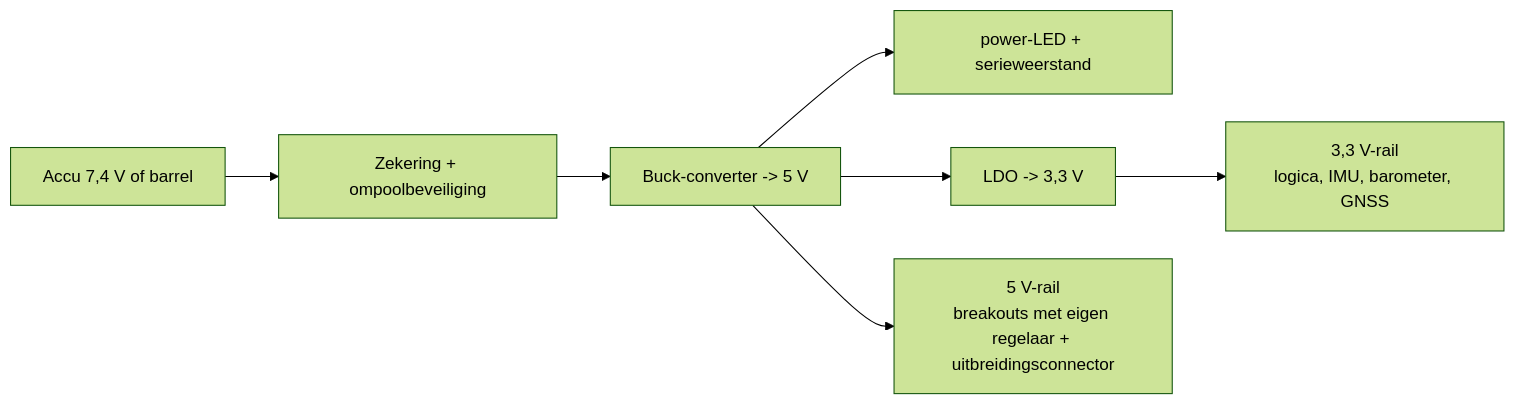
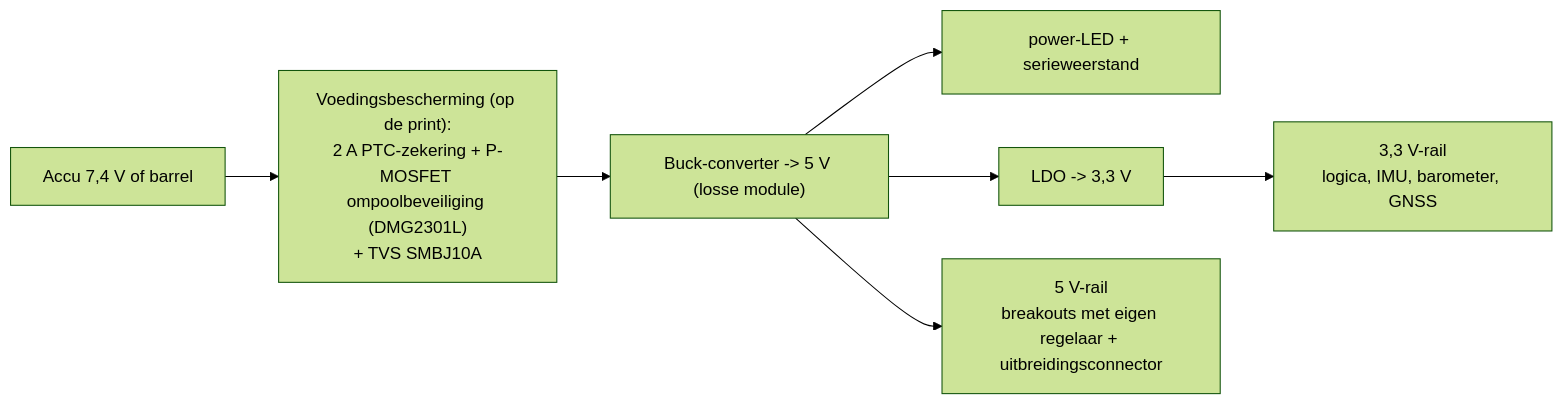
The second of 2 diagrams in documenten/PCB-schets.md (NandSch/GSTEM-project), drawn with Mermaid (forest theme) before and after one commit. The commit also changed other lines of this file and 29 other files, not shown here.

````diff
--- a/documenten/PCB-schets.md
+++ b/documenten/PCB-schets.md
@@ -57,9 +63,9 @@
 ```mermaid
 flowchart LR
-    BAT["Accu 7,4 V of barrel"] --> FUSE["Zekering + ompoolbeveiliging"]
-    FUSE --> BUCK["Buck-converter -> 5 V"]
+    BAT["Accu 7,4 V of barrel"] --> PROT["Voedingsbescherming (op de print):<br/>2 A PTC-zekering + P-MOSFET ompoolbeveiliging (DMG2301L)<br/>+ TVS SMBJ10A"]
+    PROT --> BUCK["Buck-converter -> 5 V (losse module)"]
     BUCK --> LED["power-LED + serieweerstand"]
     BUCK --> LDO["LDO -> 3,3 V"]
     BUCK --> V5["5 V-rail<br/>breakouts met eigen regelaar + uitbreidingsconnector"]
     LDO --> V33["3,3 V-rail<br/>logica, IMU, barometer, GNSS"]
 ```
````
